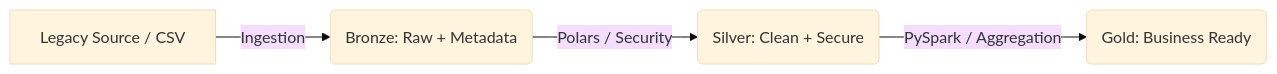
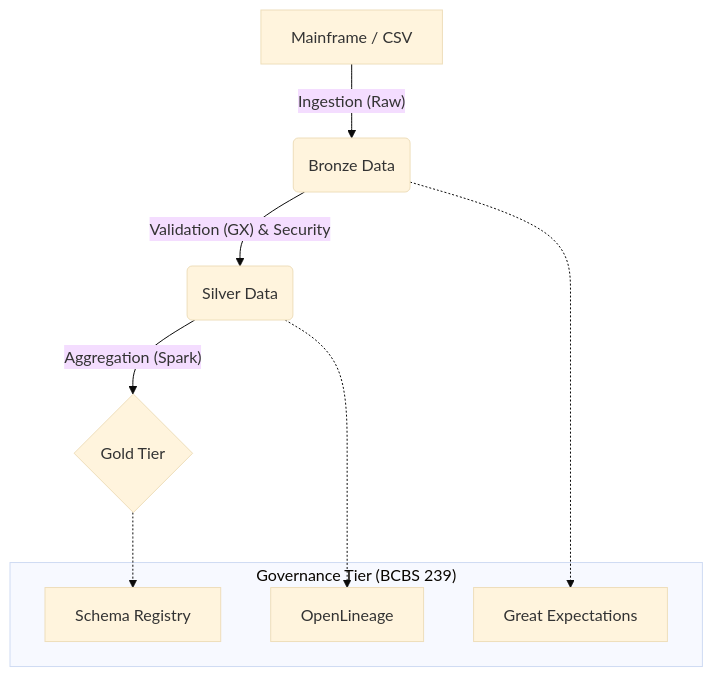
Before and after one commit to vaskiax/banking-migration-mock: the diagram in README.md, drawn with Mermaid (base theme). The commit also changed other lines of this file and 4 other files, not shown here.

Commit message:
feat: Introduce project automation with Makefile and Dockerfile, implement data transformer and unit tests, and update README with architecture and usage instructions.

````diff
--- a/README.md
+++ b/README.md
@@ -11,6 +9,16 @@
 ```mermaid
-graph LR
-    A[Legacy Source / CSV] -->|Ingestion| B(Bronze: Raw + Metadata)
-    B -->|Polars / Security| C(Silver: Clean + Secure)
-    C -->|PySpark / Aggregation| D(Gold: Business Ready)
+graph TD
+    A[Mainframe / CSV] -- "Ingestion (Raw)" --> B(Bronze Data)
+    B -- "Validation (GX) & Security" --> C(Silver Data)
+    C -- "Aggregation (Spark)" --> D{Gold Tier}
+    
+    subgraph "Governance Tier (BCBS 239)"
+        E[OpenLineage]
+        F[Great Expectations]
+        G[Schema Registry]
+    end
+    
+    B -.-> F
+    C -.-> E
+    D -.-> G
 ```
````
